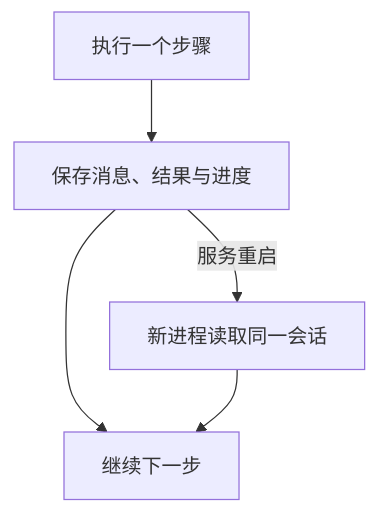
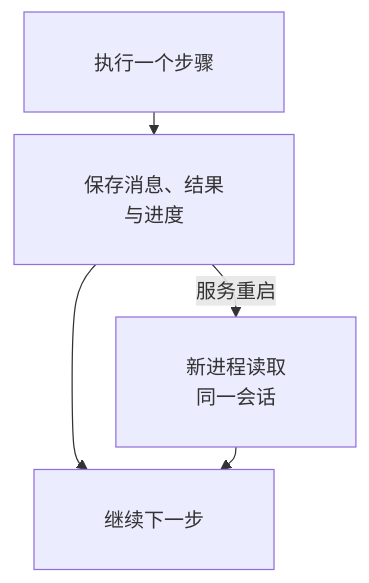
One commit to ALVIN-YANG/alvin-notes changed the diagram in src/content/docs/ai/agent-context-persistence-recovery.md. Above: the diagram before and after it, drawn with Mermaid. The commit also changed other lines of this file and 89 other files, not shown here.

````diff
--- a/src/content/docs/ai/agent-context-persistence-recovery.md
+++ b/src/content/docs/ai/agent-context-persistence-recovery.md
@@ -96,7 +96,8 @@
 ```mermaid
-flowchart TD
-  A["执行一个步骤"] --> B["保存消息、结果与进度"]
+%%{init: {"flowchart": {"padding": 28, "rankSpacing": 18}}}%%
+flowchart TB
+  A["执行一个步骤"] --> B["保存消息、结果<br/>与进度"]
   B --> C["继续下一步"]
-  B -->|服务重启| D["新进程读取同一会话"]
+  B -->|服务重启| D["新进程读取<br/>同一会话"]
   D --> C
 ```
````
